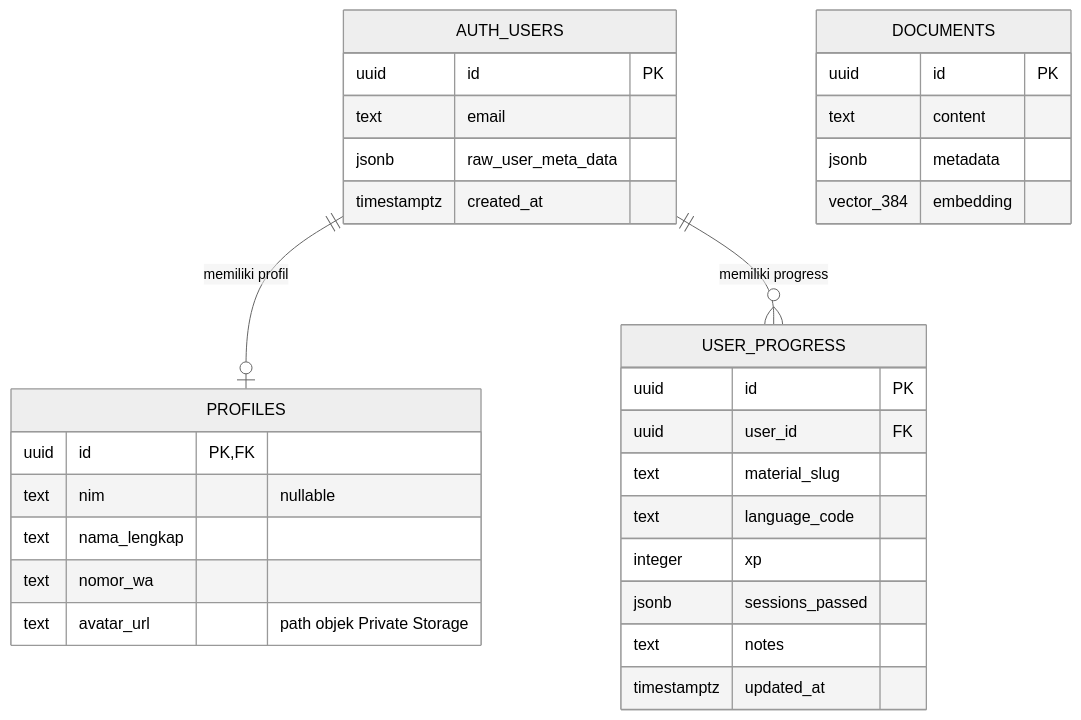
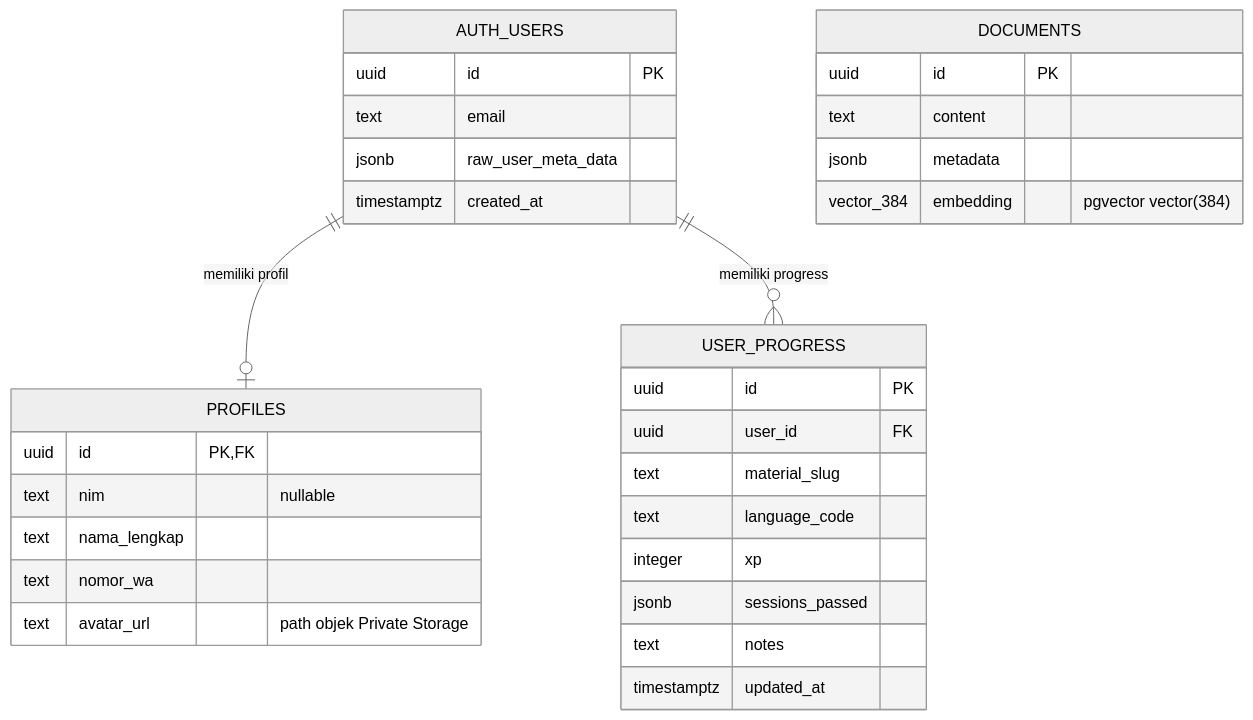
Before and after one commit to nandayudhistirawibowo/NdUniverse: the diagram in ERD.md, drawn with Mermaid (neutral theme). The commit also changed other lines of this file and 6 other files, not shown here.

````diff
--- a/ERD.md
+++ b/ERD.md
@@ -7,38 +7,38 @@
 ```mermaid
 erDiagram
     AUTH_USERS ||--o| PROFILES : "memiliki profil"
     AUTH_USERS ||--o{ USER_PROGRESS : "memiliki progress"
 
     AUTH_USERS {
         uuid id PK
         text email
         jsonb raw_user_meta_data
         timestamptz created_at
     }
 
     PROFILES {
         uuid id PK, FK
         text nim "nullable"
         text nama_lengkap
         text nomor_wa
         text avatar_url "path objek Private Storage"
     }
 
     USER_PROGRESS {
         uuid id PK
         uuid user_id FK
         text material_slug
         text language_code
         integer xp
         jsonb sessions_passed
         text notes
         timestamptz updated_at
     }
 
     DOCUMENTS {
         uuid id PK
         text content
         jsonb metadata
-        vector_384 embedding
+        vector_384 embedding "pgvector vector(384)"
     }
 ```
````
